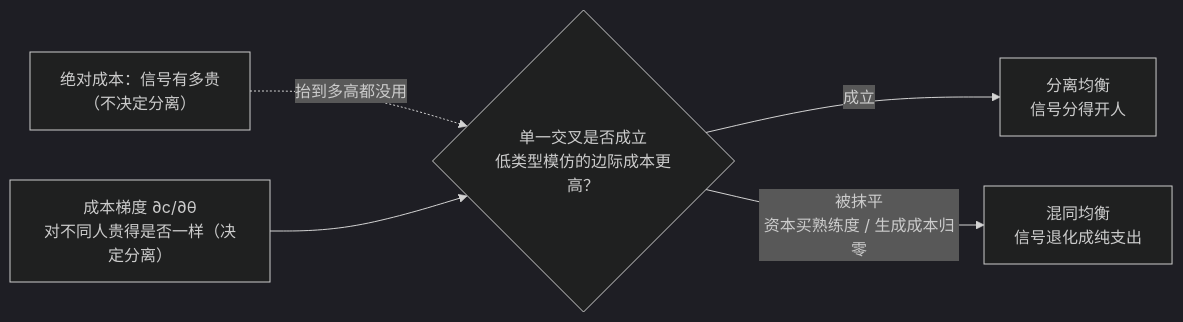
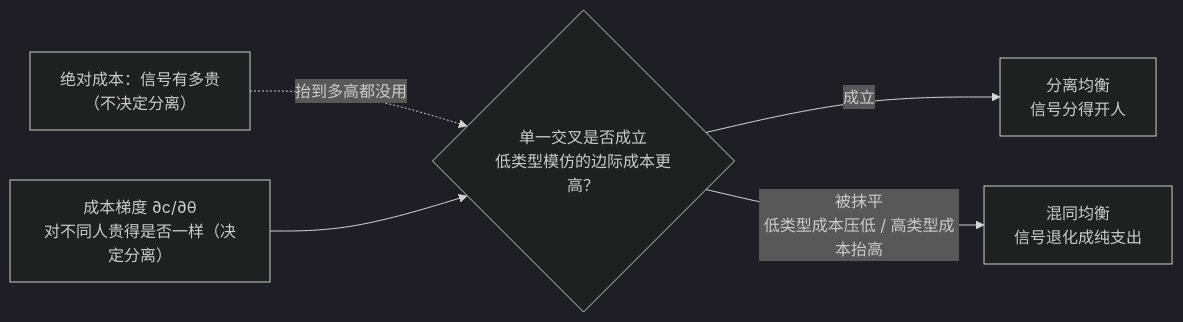
One commit to cj9208/cj9208.github.io changed the diagram in content/blog/systems_and_governance/game_theory/昂贵不等于可分离-信号与筛选.md. Above: the diagram before and after it, drawn with Mermaid (dark theme). The commit also changed other lines of this file, not shown here.

````diff
--- a/content/blog/systems_and_governance/game_theory/昂贵不等于可分离-信号与筛选.md
+++ b/content/blog/systems_and_governance/game_theory/昂贵不等于可分离-信号与筛选.md
@@ -87,9 +76,9 @@
 ```mermaid
 graph LR
     C["绝对成本：信号有多贵<br/>（不决定分离）"]
     G["成本梯度 ∂c/∂θ<br/>对不同人贵得是否一样（决定分离）"]
     C -.->|"抬到多高都没用"| D
     G --> D{"单一交叉是否成立<br/>低类型模仿的边际成本更高？"}
     D -->|"成立"| S["分离均衡<br/>信号分得开人"]
-    D -->|"被抹平<br/>资本买熟练度 / 生成成本归零"| P["混同均衡<br/>信号退化成纯支出"]
+    D -->|"被抹平<br/>低类型成本压低 / 高类型成本抬高"| P["混同均衡<br/>信号退化成纯支出"]
 ```
````
